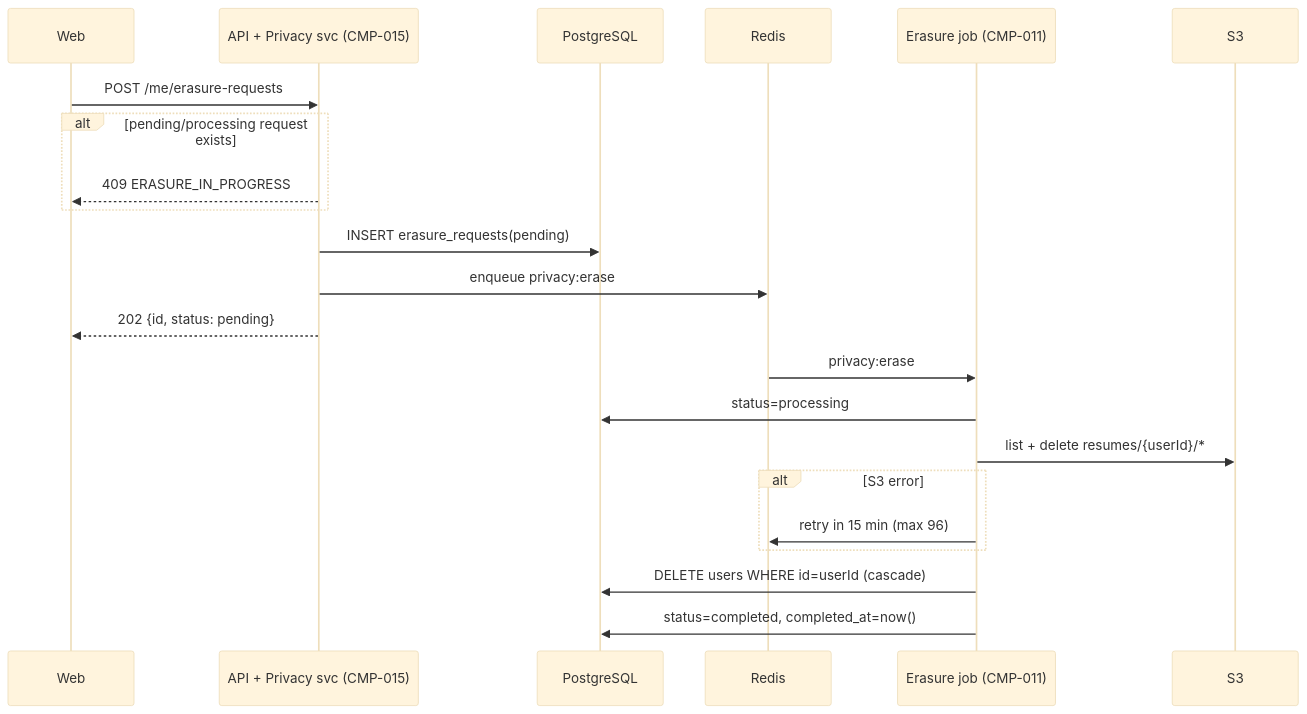
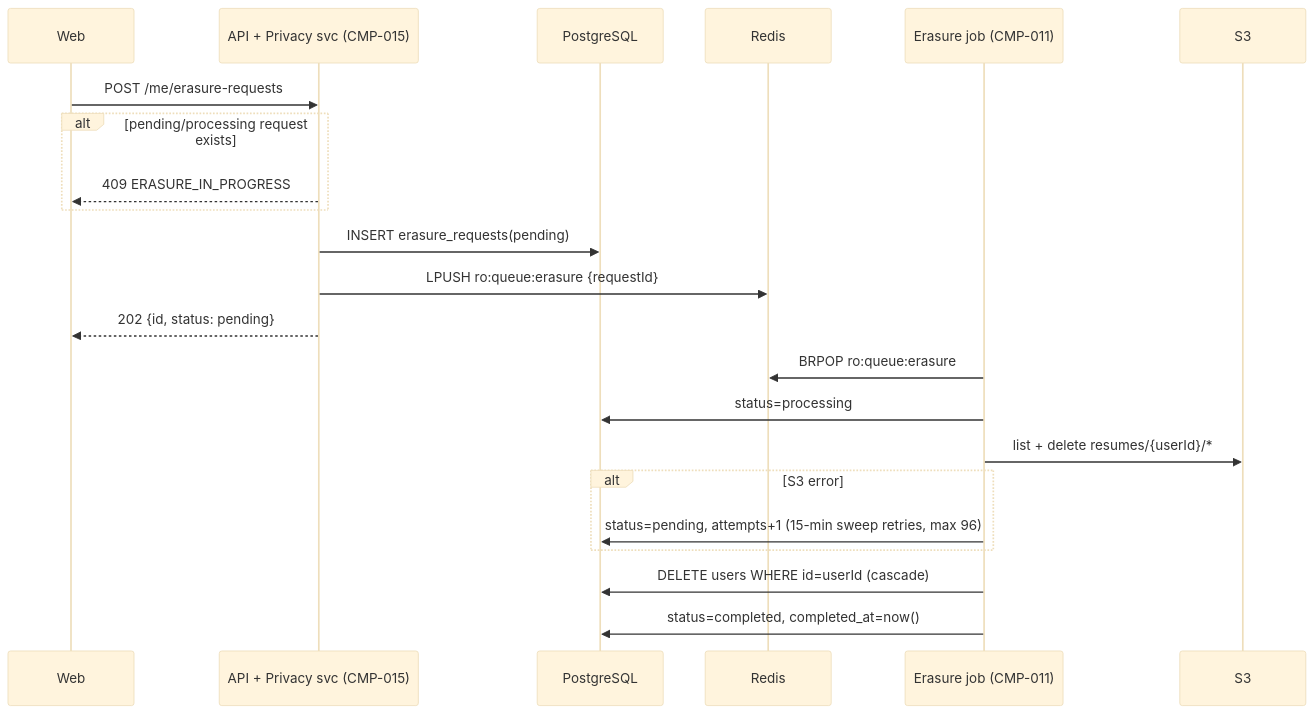
The fifth of 6 diagrams in madhurima/spec.md (divii-school/spec-homework), drawn with Mermaid (base theme) before and after one commit. The commit also changed other lines of this file, not shown here.

Commit message:
switch to tools I use: Gin, own Redis queue + worker pool, pgx, golang-migrate, Docker Compose (v1.1)

````diff
--- a/madhurima/spec.md
+++ b/madhurima/spec.md
@@ -559,24 +555,24 @@
 ```mermaid
 sequenceDiagram
   participant U as Web
   participant A as API + Privacy svc (CMP-015)
   participant D as PostgreSQL
   participant R as Redis
   participant J as Erasure job (CMP-011)
   participant S as S3
   U->>A: POST /me/erasure-requests
   alt pending/processing request exists
     A-->>U: 409 ERASURE_IN_PROGRESS
   end
   A->>D: INSERT erasure_requests(pending)
-  A->>R: enqueue privacy:erase
+  A->>R: LPUSH ro:queue:erasure {requestId}
   A-->>U: 202 {id, status: pending}
-  R->>J: privacy:erase
+  J->>R: BRPOP ro:queue:erasure
   J->>D: status=processing
   J->>S: list + delete resumes/{userId}/*
   alt S3 error
-    J->>R: retry in 15 min (max 96)
+    J->>D: status=pending, attempts+1 (15-min sweep retries, max 96)
   end
   J->>D: DELETE users WHERE id=userId (cascade)
   J->>D: status=completed, completed_at=now()
 ```
````
